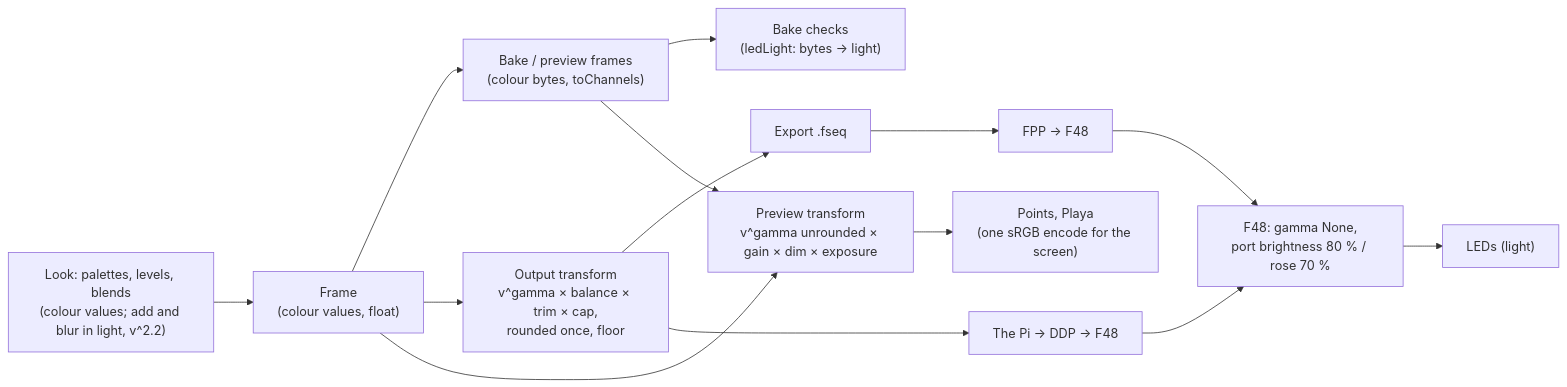
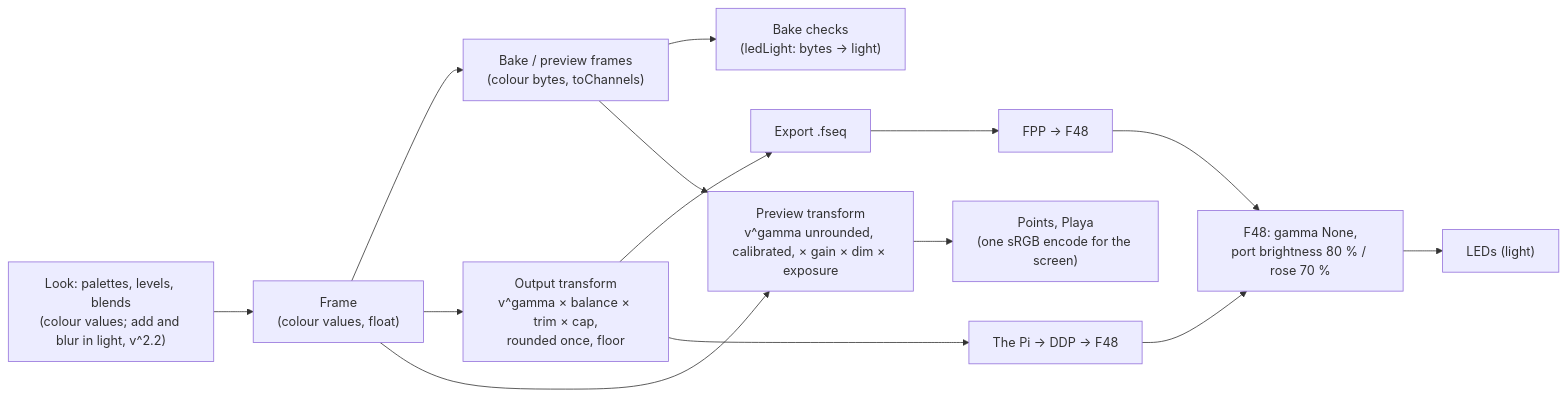
Before and after one commit to big-weary-dog/folly-studio: the diagram in docs/LIGHT.md, drawn with Mermaid. The commit also changed other lines of this file and 7 other files, not shown here.

````diff
--- a/docs/LIGHT.md
+++ b/docs/LIGHT.md
@@ -65,15 +66,15 @@
 ```mermaid
 flowchart LR
   L["Look: palettes, levels, blends<br/>(colour values; add and blur in light, v^2.2)"] --> F["Frame<br/>(colour values, float)"]
   F --> B["Bake / preview frames<br/>(colour bytes, toChannels)"]
   F --> T["Output transform<br/>v^gamma × balance × trim × cap,<br/>rounded once, floor"]
   B --> C["Bake checks<br/>(ledLight: bytes → light)"]
   T --> E["Export .fseq"]
   T --> P["The Pi → DDP → F48"]
   P --> X["F48: gamma None,<br/>port brightness 80 % / rose 70 %"]
   X --> LED["LEDs (light)"]
   E --> FPP["FPP → F48"] --> X
-  F --> V["Preview transform<br/>v^gamma unrounded × gain × dim × exposure"]
+  F --> V["Preview transform<br/>v^gamma unrounded, calibrated, × gain × dim × exposure"]
   B --> V
   V --> S["Points, Playa<br/>(one sRGB encode for the screen)"]
 ```
````
